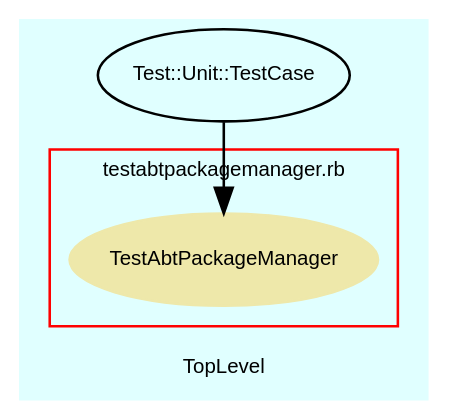
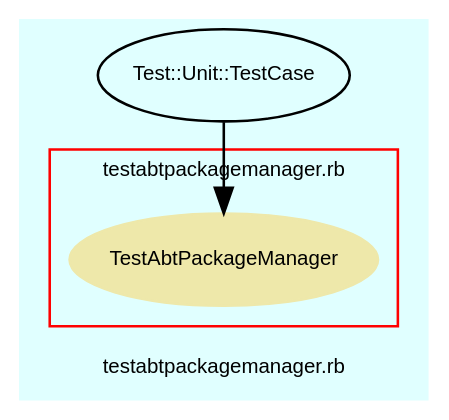
The diagram in src/trunk/doc/dot/f_13.dot (eschabell/abtlinux), drawn with Graphviz before and after one commit. The commit also changed 68 other files, not shown here.

```diff
--- a/src/trunk/doc/dot/f_13.dot
+++ b/src/trunk/doc/dot/f_13.dot
@@ -1,37 +1,37 @@
 digraph TopLevel {
     compound = true
     bgcolor = lightcyan1
     fontname = Arial
     fontsize = 8
-    label = "TopLevel"
+    label = "testabtpackagemanager.rb"
     node [
         fontname = Arial,
         fontsize = 8,
         color = black
     ]
 
     subgraph cluster_14 {
         fontname = Arial
         color = red
         label = "testabtpackagemanager.rb"
         TestAbtPackageManager [
             fontcolor = black,
             URL = "classes/TestAbtPackageManager.html",
             shape = ellipse,
             color = palegoldenrod,
             style = filled,
             label = "TestAbtPackageManager"
         ]
 
     }
 
     Test__Unit__TestCase [
         URL = "classes/Test/Unit/TestCase.html",
         label = "Test::Unit::TestCase"
     ]
 
     Test__Unit__TestCase -> TestAbtPackageManager [
 
     ]
 
 }
```
